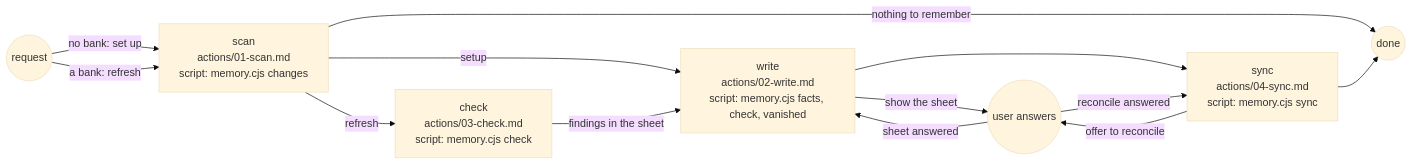
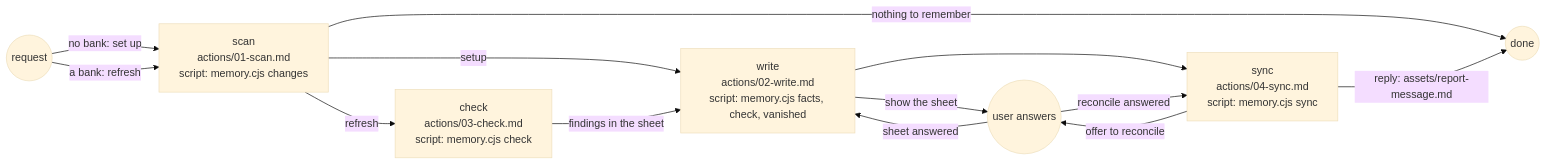
Before and after one commit to ai-driven-dev/framework: the diagram in plugins/aidd-context/skills/02-project-memory/SKILL.md, drawn with Mermaid (base theme). The commit also changed 3 other files, not shown here.

First line of the commit message:
fix(aidd-context): reply with the memory report as the last step that runs

````diff
--- a/plugins/aidd-context/skills/02-project-memory/SKILL.md
+++ b/plugins/aidd-context/skills/02-project-memory/SKILL.md
@@ -11,15 +11,15 @@
 ```mermaid
 flowchart LR
   request((request)) -->|"no bank: set up"| scan["scan<br>actions/01-scan.md<br>script: memory.cjs changes"]
   request -->|"a bank: refresh"| scan
   scan -->|"setup"| write["write<br>actions/02-write.md<br>script: memory.cjs facts, check, vanished"]
   scan -->|"refresh"| check["check<br>actions/03-check.md<br>script: memory.cjs check"]
   scan -->|"nothing to remember"| done((done))
   check -->|"findings in the sheet"| write
   write -->|"show the sheet"| user((user answers))
   user -->|"sheet answered"| write
   write --> sync
   sync["sync<br>actions/04-sync.md<br>script: memory.cjs sync"] -->|"offer to reconcile"| user
   user -->|"reconcile answered"| sync
-  sync --> done
+  sync -->|"reply: assets/report-message.md"| done
 ```
````
